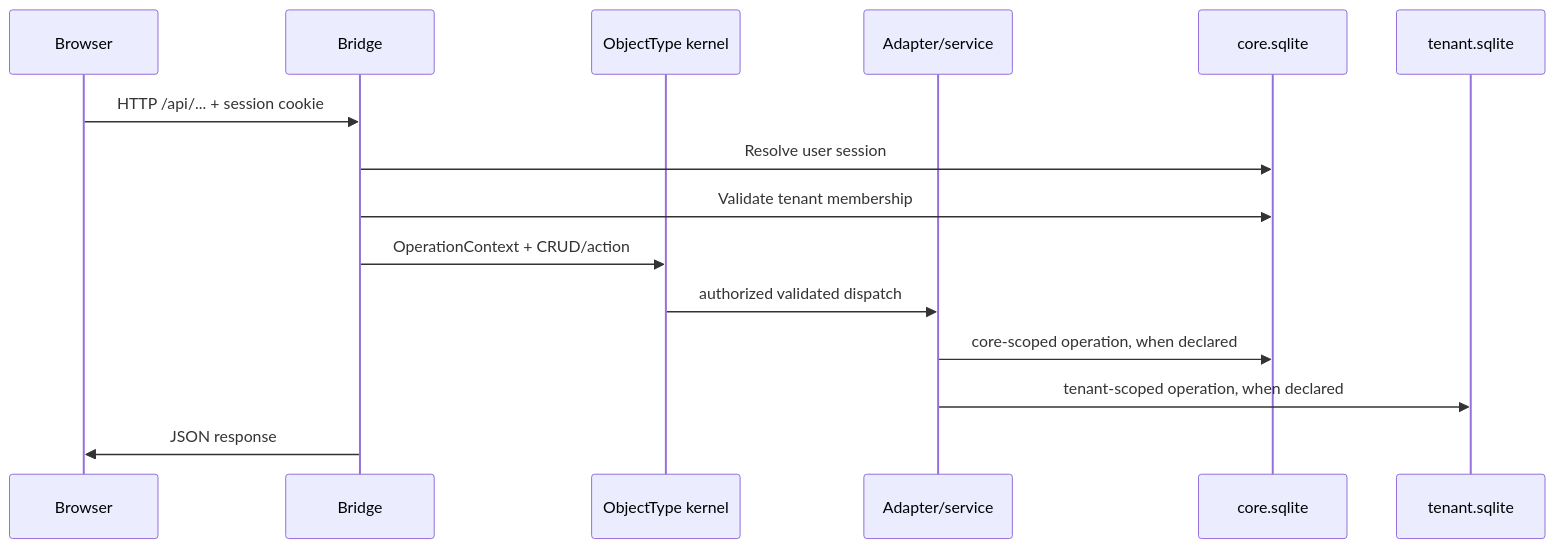
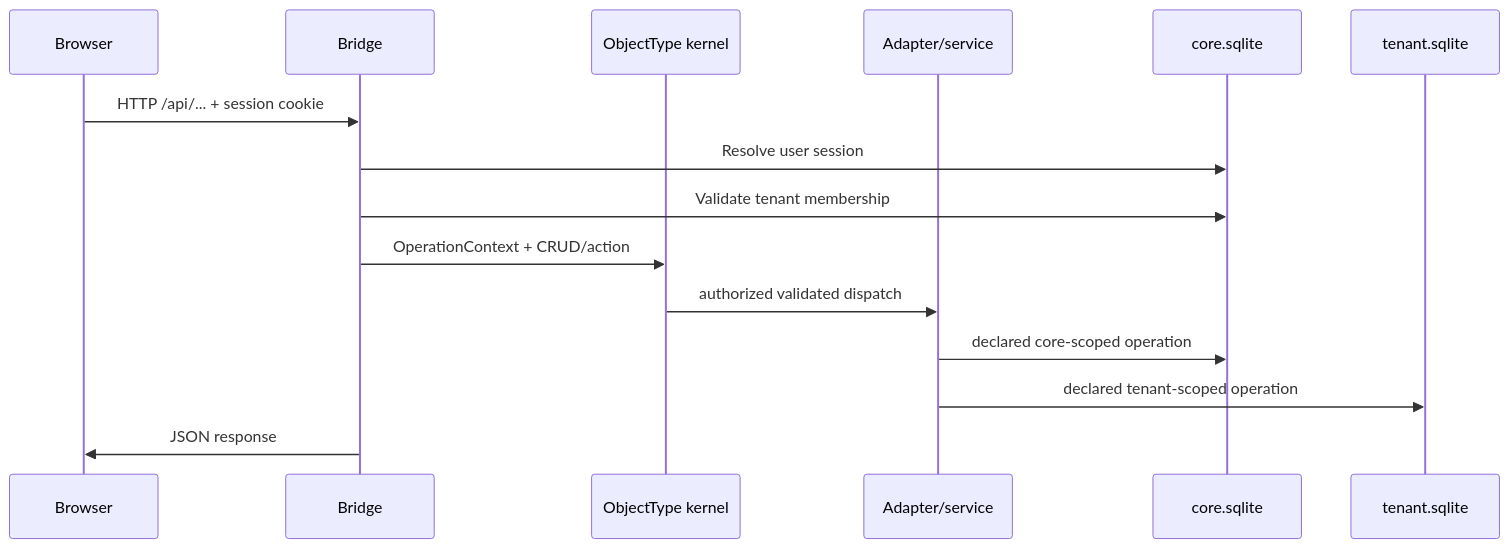
The third of 4 diagrams in docs/architecture.md (ReBoticsAI/GodMode), drawn with Mermaid before and after one commit. The commit also changed other lines of this file and 22 other files, not shown here.

````diff
--- a/docs/architecture.md
+++ b/docs/architecture.md
@@ -85,18 +91,18 @@
 ```mermaid
 sequenceDiagram
   participant Browser
   participant Bridge
   participant Kernel as ObjectType kernel
   participant Service as Adapter/service
   participant CoreDb as core.sqlite
   participant TenantDb as tenant.sqlite
 
   Browser->>Bridge: HTTP /api/... + session cookie
   Bridge->>CoreDb: Resolve user session
   Bridge->>CoreDb: Validate tenant membership
   Bridge->>Kernel: OperationContext + CRUD/action
   Kernel->>Service: authorized validated dispatch
-  Service->>CoreDb: core-scoped operation, when declared
-  Service->>TenantDb: tenant-scoped operation, when declared
+  Service->>CoreDb: declared core-scoped operation
+  Service->>TenantDb: declared tenant-scoped operation
   Bridge->>Browser: JSON response
 ```
````
